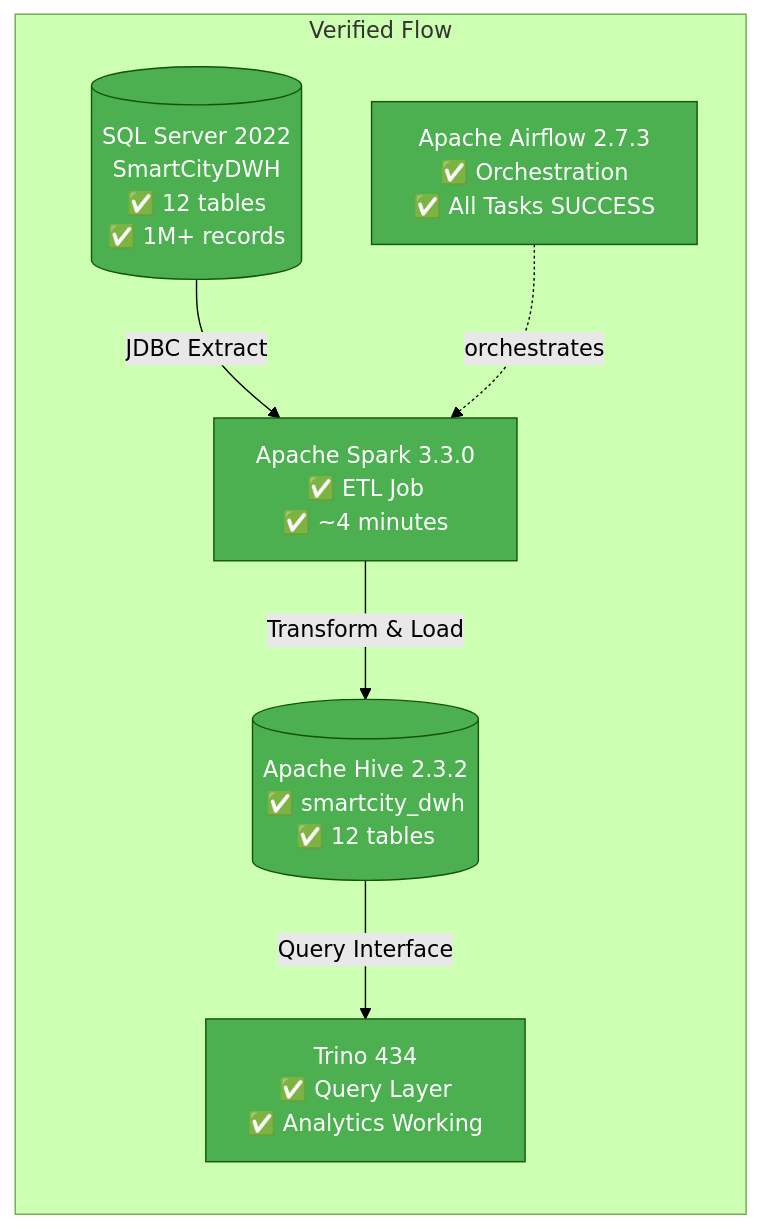
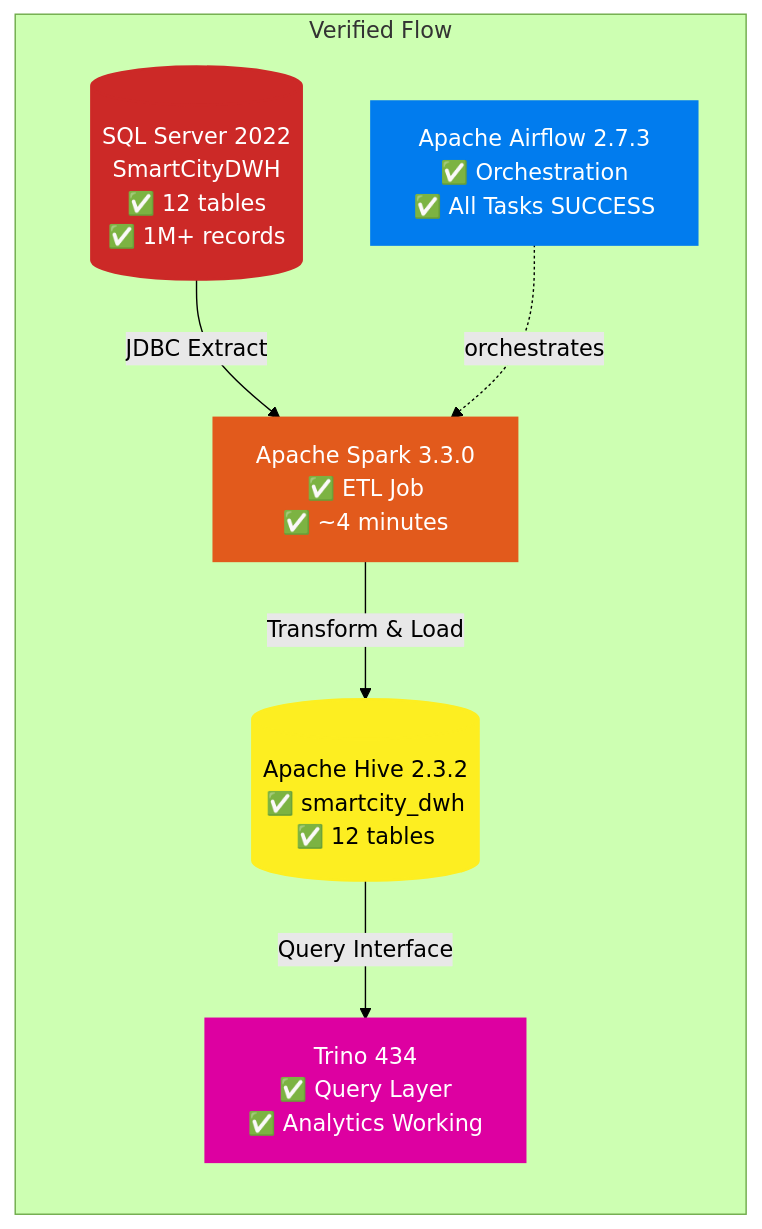
The second of 2 diagrams in Smart_City_Pipeline_2_Milestone_2/docs/TEST_RESULTS.md (elewashy/DEPI), drawn with Mermaid (forest theme) before and after one commit. The commit also changed other lines of this file and 3 other files, not shown here.

````diff
--- a/Smart_City_Pipeline_2_Milestone_2/docs/TEST_RESULTS.md
+++ b/Smart_City_Pipeline_2_Milestone_2/docs/TEST_RESULTS.md
@@ -237,22 +237,22 @@
 ```mermaid
 flowchart LR
     subgraph "Verified Flow"
         direction TB
         SQL[(SQL Server 2022<br/>SmartCityDWH<br/>✅ 12 tables<br/>✅ 1M+ records)]
         Spark[Apache Spark 3.3.0<br/>✅ ETL Job<br/>✅ ~4 minutes]
         Hive[(Apache Hive 2.3.2<br/>✅ smartcity_dwh<br/>✅ 12 tables)]
         Trino[Trino 434<br/>✅ Query Layer<br/>✅ Analytics Working]
         Airflow[Apache Airflow 2.7.3<br/>✅ Orchestration<br/>✅ All Tasks SUCCESS]
         
         SQL -->|JDBC Extract| Spark
         Spark -->|Transform & Load| Hive
         Hive -->|Query Interface| Trino
         Airflow -.orchestrates.-> Spark
     end
 
-    style SQL fill:#4CAF50,color:#fff
-    style Spark fill:#4CAF50,color:#fff
-    style Hive fill:#4CAF50,color:#fff
-    style Trino fill:#4CAF50,color:#fff
-    style Airflow fill:#4CAF50,color:#fff
+    style SQL fill:#CC2927,stroke:#CC2927,color:#fff,stroke-width:2px
+    style Spark fill:#E25A1C,stroke:#E25A1C,color:#fff,stroke-width:2px
+    style Hive fill:#FDEE21,stroke:#FDEE21,color:#000,stroke-width:2px
+    style Trino fill:#DD00A1,stroke:#DD00A1,color:#fff,stroke-width:2px
+    style Airflow fill:#017CEE,stroke:#017CEE,color:#fff,stroke-width:2px
 ```
````
